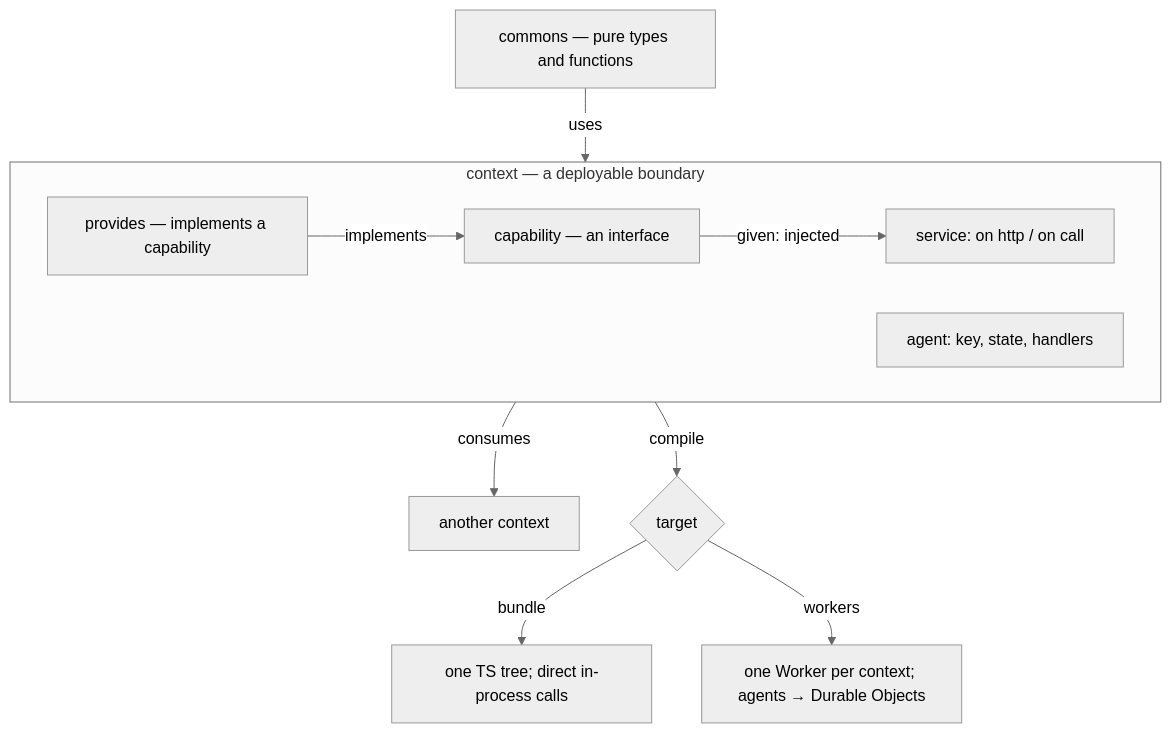
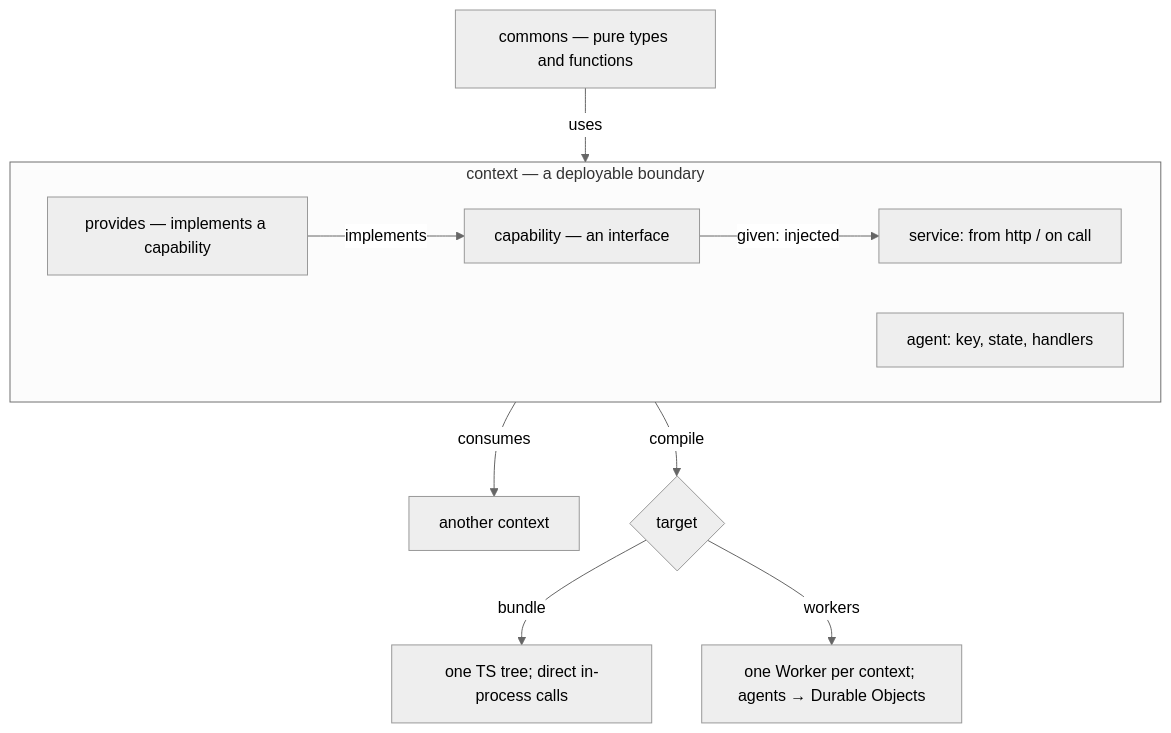
Before and after one commit to accuser/karn: the first of 2 diagrams in docs/src/guides/program-structure/how-a-program-is-shaped.md, drawn with Mermaid (neutral theme). The commit also changed other lines of this file and 145 other files, not shown here.

````diff
--- a/docs/src/guides/program-structure/how-a-program-is-shaped.md
+++ b/docs/src/guides/program-structure/how-a-program-is-shaped.md
@@ -8,18 +8,18 @@
 ```mermaid
 flowchart TD
   commons["commons — pure types and functions"]
   subgraph ctx["context — a deployable boundary"]
-    service["service: on http / on call"]
+    service["service: from http / on call"]
     agent["agent: key, state, handlers"]
     capability["capability — an interface"]
     provides["provides — implements a capability"]
   end
   other["another context"]
   commons -->|uses| ctx
   provides -->|implements| capability
   capability -->|"given: injected"| service
   ctx -->|consumes| other
   ctx -->|compile| target{target}
   target -->|bundle| bundle["one TS tree; direct in-process calls"]
   target -->|workers| workers["one Worker per context; agents → Durable Objects"]
 ```
````
